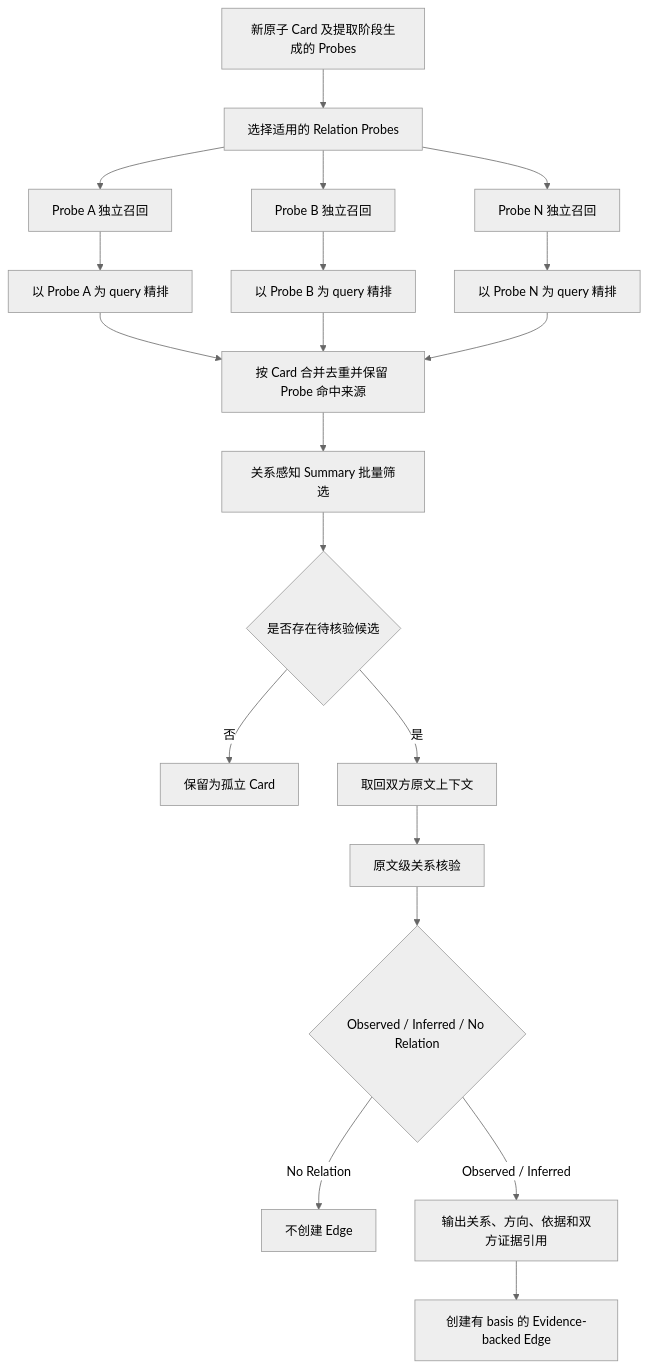
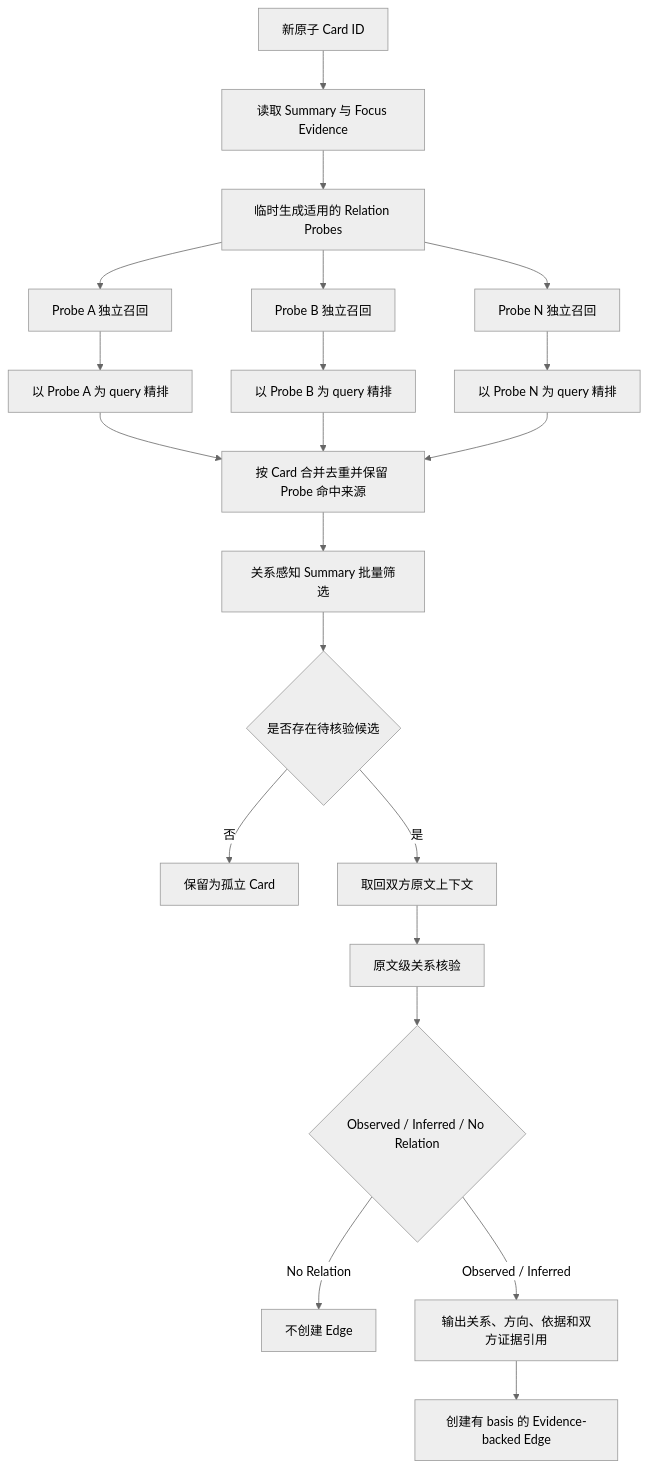
The third of 6 diagrams in .claude/skills/smart-fund-server/docs/5. 设计方案/1. 知识图谱/22. 关系优先Graph Community重构设计方案.md (qiyuebuku/frida-test), drawn with Mermaid (neutral theme) before and after one commit. The commit also changed other lines of this file and 61 other files, not shown here.

Commit message:
feat(kg): implement relation-first card graph workflow

````diff
--- a/.claude/skills/smart-fund-server/docs/5. 设计方案/1. 知识图谱/22. 关系优先Graph Community重构设计方案.md
+++ b/.claude/skills/smart-fund-server/docs/5. 设计方案/1. 知识图谱/22. 关系优先Graph Community重构设计方案.md
@@ -313,22 +308,23 @@
 ```mermaid
 flowchart TD
-    A[新原子 Card 及提取阶段生成的 Probes] --> B[选择适用的 Relation Probes]
-    B --> C1[Probe A 独立召回]
-    B --> C2[Probe B 独立召回]
-    B --> C3[Probe N 独立召回]
+    A[新原子 Card ID] --> B[读取 Summary 与 Focus Evidence]
+    B --> B1[临时生成适用的 Relation Probes]
+    B1 --> C1[Probe A 独立召回]
+    B1 --> C2[Probe B 独立召回]
+    B1 --> C3[Probe N 独立召回]
     C1 --> D1[以 Probe A 为 query 精排]
     C2 --> D2[以 Probe B 为 query 精排]
     C3 --> D3[以 Probe N 为 query 精排]
     D1 --> E[按 Card 合并去重并保留 Probe 命中来源]
     D2 --> E
     D3 --> E
     E --> G[关系感知 Summary 批量筛选]
     G --> H{是否存在待核验候选}
     H -- 否 --> I[保留为孤立 Card]
     H -- 是 --> J[取回双方原文上下文]
     J --> K[原文级关系核验]
     K --> L{Observed / Inferred / No Relation}
     L -- No Relation --> M[不创建 Edge]
     L -- Observed / Inferred --> N[输出关系、方向、依据和双方证据引用]
     N --> O[创建有 basis 的 Evidence-backed Edge]
 ```
````
